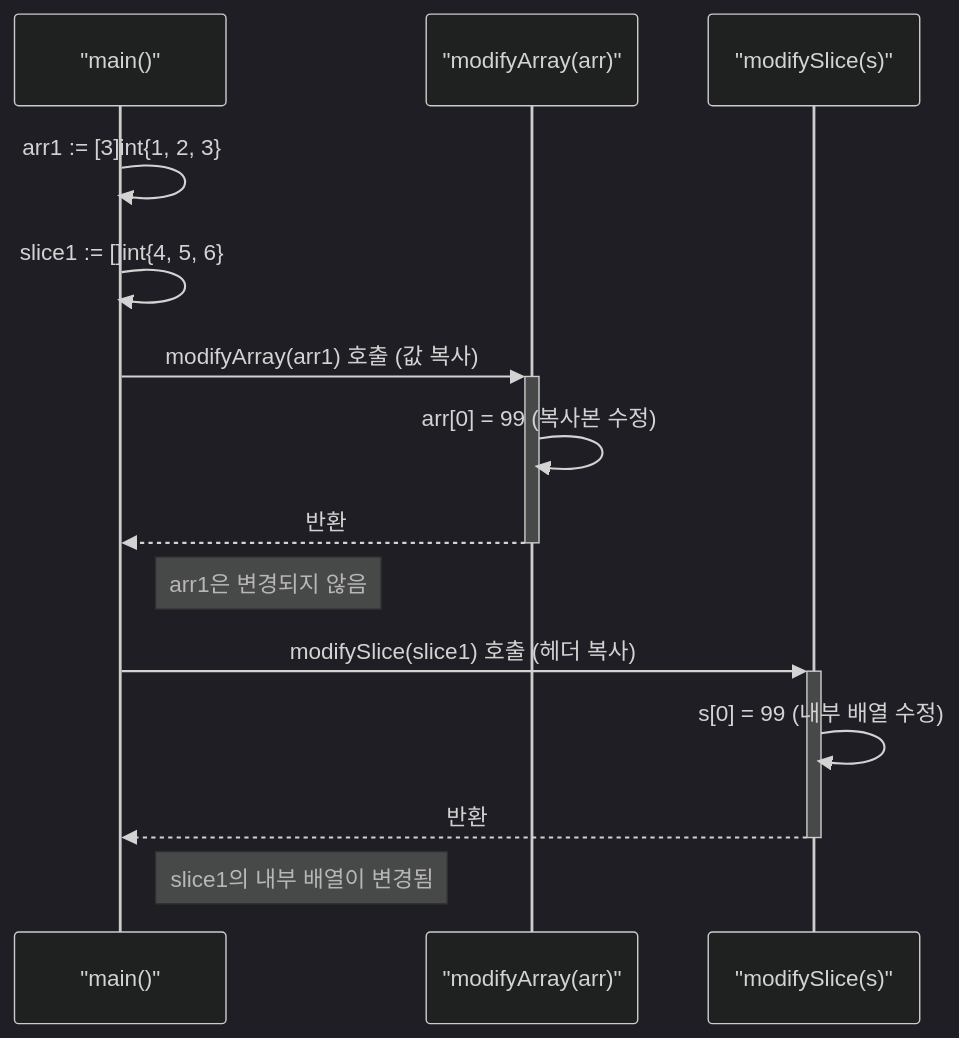
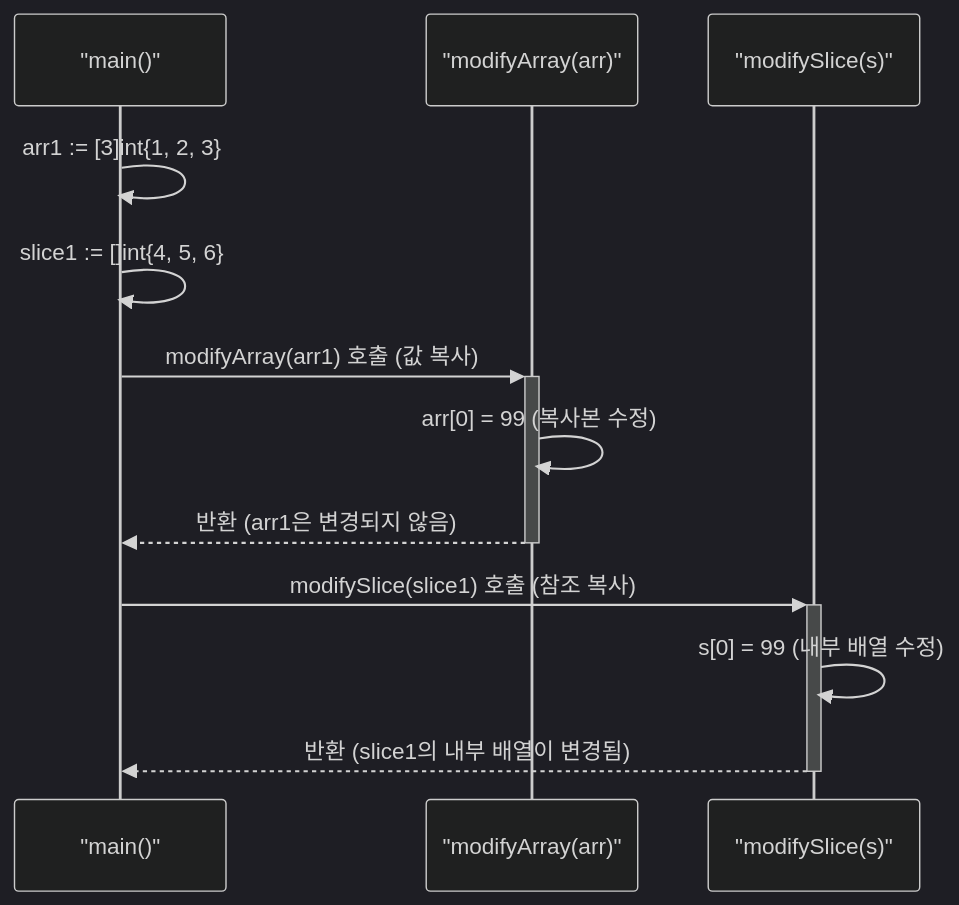
One commit to leekh4232/hossam-blog changed the first of 2 diagrams in _posts/03.코딩/golang/2024-10-17-Go언어-컬렉션.md. Above: the diagram before and after it, drawn with Mermaid (dark theme). The commit also changed other lines of this file, not shown here.

Commit message:
update 2025-08-19 11:53:26.60

````diff
--- a/_posts/03.코딩/golang/2024-10-17-Go언어-컬렉션.md
+++ b/_posts/03.코딩/golang/2024-10-17-Go언어-컬렉션.md
@@ -78,18 +78,16 @@
 ```mermaid
 sequenceDiagram
     participant main as "main()"
     participant modifyArray as "modifyArray(arr)"
     participant modifySlice as "modifySlice(s)"
 
     main->>main: arr1 := [3]int{1, 2, 3}
     main->>main: slice1 := []int{4, 5, 6}
     main->>+modifyArray: modifyArray(arr1) 호출 (값 복사)
     modifyArray->>modifyArray: arr[0] = 99 (복사본 수정)
-    modifyArray-->>-main: 반환
-    note right of main: arr1은 변경되지 않음
+    modifyArray-->>-main: 반환 (arr1은 변경되지 않음)
 
-    main->>+modifySlice: modifySlice(slice1) 호출 (헤더 복사)
+    main->>+modifySlice: modifySlice(slice1) 호출 (참조 복사)
     modifySlice->>modifySlice: s[0] = 99 (내부 배열 수정)
-    modifySlice-->>-main: 반환
-    note right of main: slice1의 내부 배열이 변경됨
+    modifySlice-->>-main: 반환 (slice1의 내부 배열이 변경됨)
 ```
````
